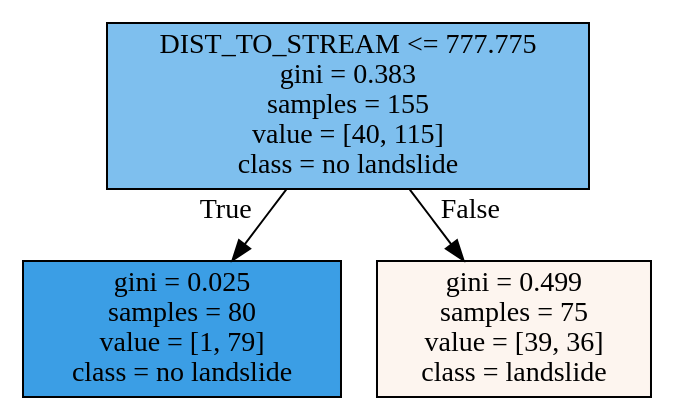
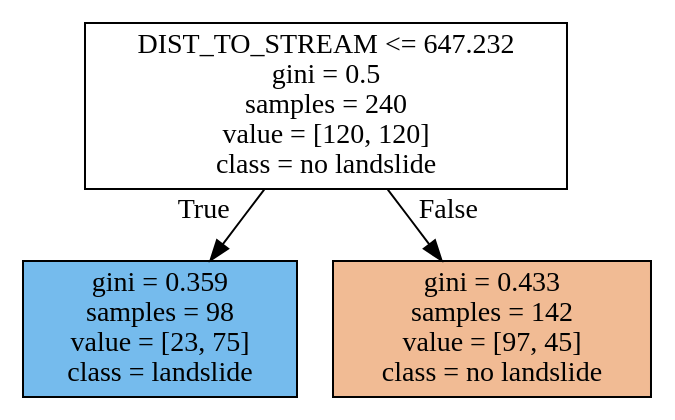
Before and after one commit to madelinezug/landslide_classification: the diagram in tree1.dot, drawn with Graphviz. The commit also changed 6 other files, not shown here.

```diff
--- a/tree1.dot
+++ b/tree1.dot
@@ -1,11 +1,11 @@
 digraph Tree {
 node [shape=box, style="filled", color="black"] ;
 graph [ranksep=equally, splines=polyline] ;
-0 [label="DIST_TO_STREAM <= 777.775\ngini = 0.383\nsamples = 155\nvalue = [40, 115]\nclass = no landslide", fillcolor="#399de5a6"] ;
-1 [label="gini = 0.025\nsamples = 80\nvalue = [1, 79]\nclass = no landslide", fillcolor="#399de5fc"] ;
+0 [label="DIST_TO_STREAM <= 647.232\ngini = 0.5\nsamples = 240\nvalue = [120, 120]\nclass = no landslide", fillcolor="#e5813900"] ;
+1 [label="gini = 0.359\nsamples = 98\nvalue = [23, 75]\nclass = landslide", fillcolor="#399de5b1"] ;
 0 -> 1 [labeldistance=2.5, labelangle=45, headlabel="True"] ;
-2 [label="gini = 0.499\nsamples = 75\nvalue = [39, 36]\nclass = landslide", fillcolor="#e5813914"] ;
+2 [label="gini = 0.433\nsamples = 142\nvalue = [97, 45]\nclass = no landslide", fillcolor="#e5813989"] ;
 0 -> 2 [labeldistance=2.5, labelangle=-45, headlabel="False"] ;
 {rank=same ; 0} ;
 {rank=same ; 1; 2} ;
 }
```
